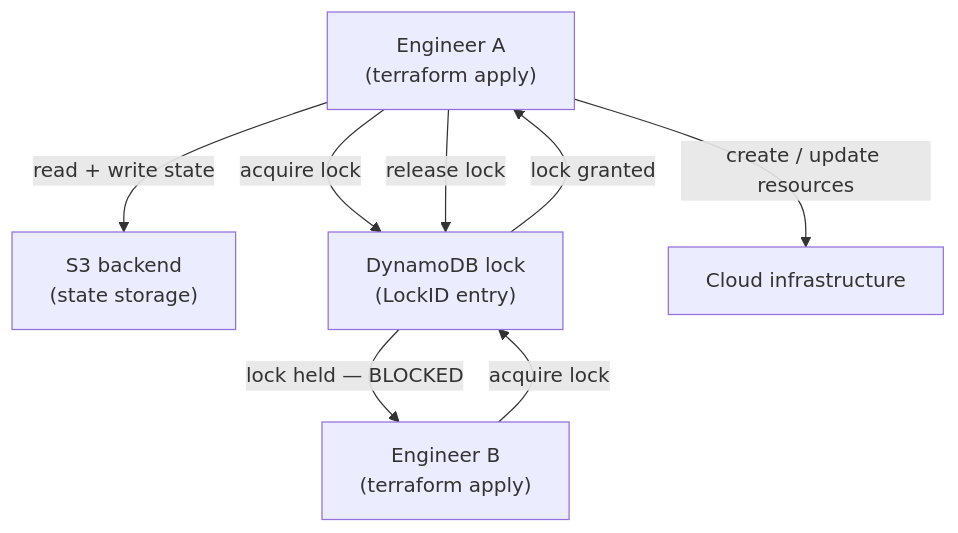
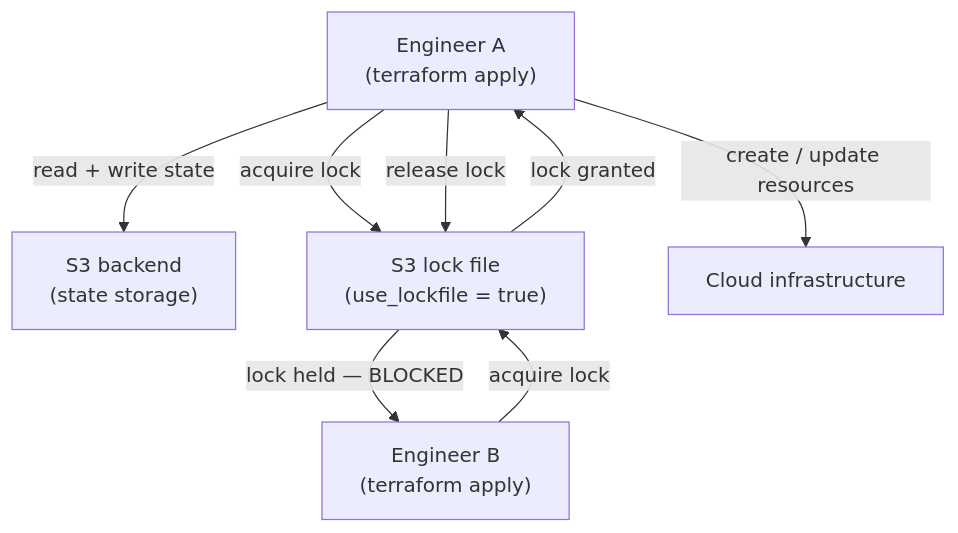
One commit to UncleJS/course_devops_career changed the third of 5 diagrams in module-08-iac-terraform-opentofu.md. Above: the diagram before and after it, drawn with Mermaid. The commit also changed other lines of this file and 16 other files, not shown here.

````diff
--- a/module-08-iac-terraform-opentofu.md
+++ b/module-08-iac-terraform-opentofu.md
@@ -520,16 +484,16 @@
 ```mermaid
 flowchart TD
     ENGA["Engineer A<br/>(terraform apply)"]
     ENGB["Engineer B<br/>(terraform apply)"]
     S3["S3 backend<br/>(state storage)"]
-    LOCK["DynamoDB lock<br/>(LockID entry)"]
+    LOCK["S3 lock file<br/>(use_lockfile = true)"]
     INFRA["Cloud infrastructure"]
 
     ENGA -->|"acquire lock"| LOCK
     LOCK -->|"lock granted"| ENGA
     ENGA -->|"read + write state"| S3
     ENGA -->|"create / update resources"| INFRA
     ENGA -->|"release lock"| LOCK
     ENGB -->|"acquire lock"| LOCK
     LOCK -->|"lock held — BLOCKED"| ENGB
 ```
````
